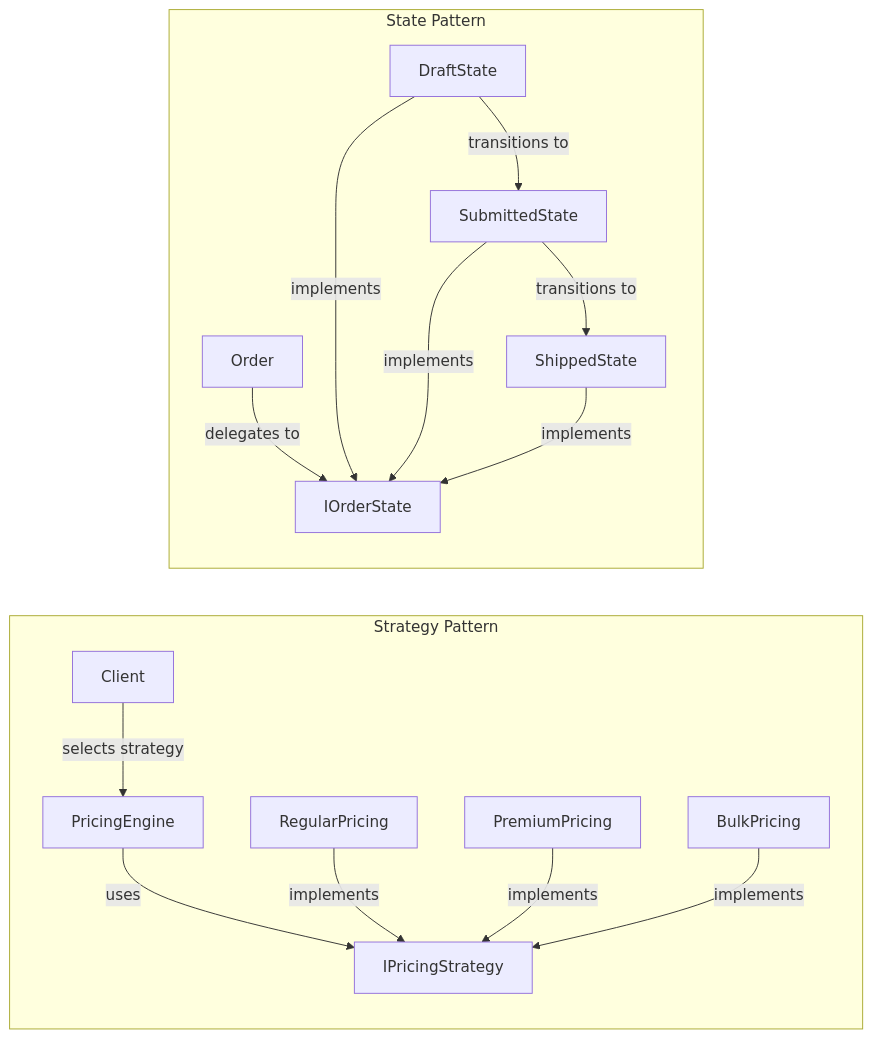
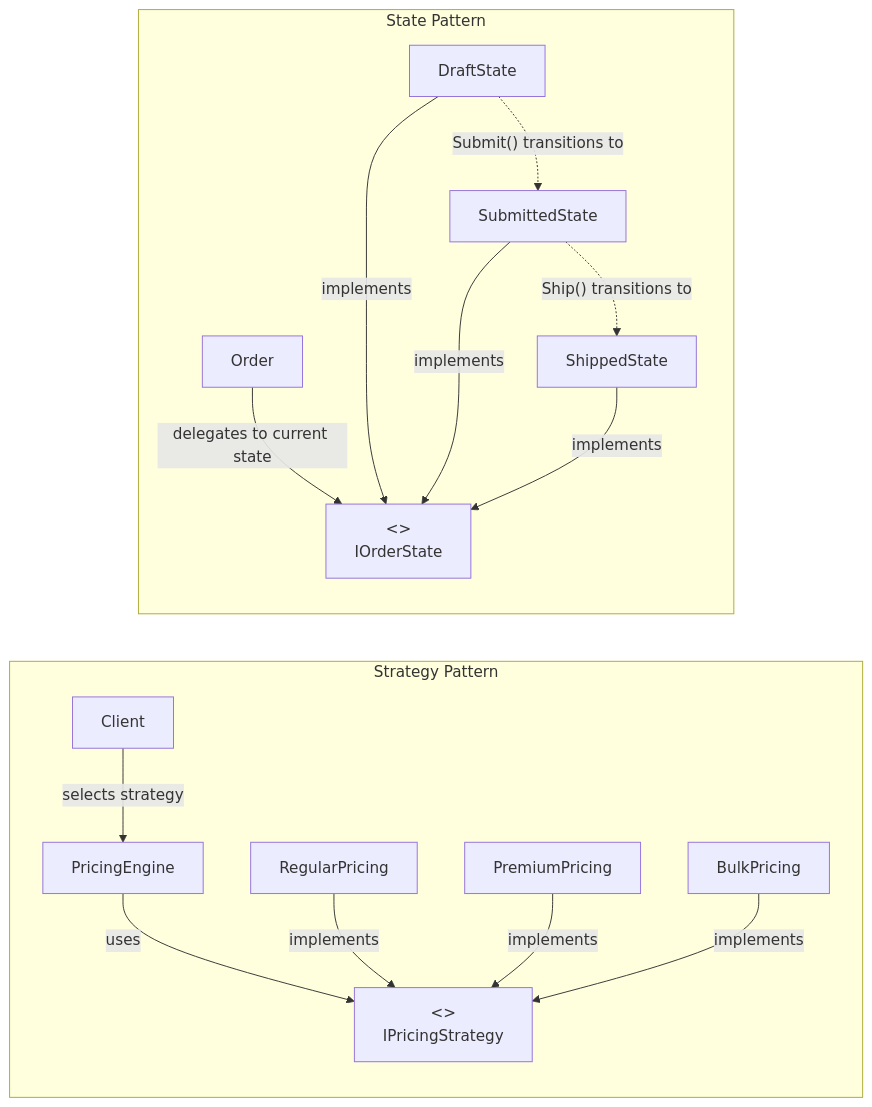
The second of 12 diagrams in docs/comparison-maps.md (senapatisantosh/DotnetAdvanceDesignPattern), drawn with Mermaid before and after one commit. The commit also changed other lines of this file and 1 other file, not shown here.

````diff
--- a/docs/comparison-maps.md
+++ b/docs/comparison-maps.md
@@ -90,19 +103,19 @@
 ```mermaid
 graph LR
     subgraph "Strategy Pattern"
-        S_Context[PricingEngine] -->|uses| S_Strategy[IPricingStrategy]
+        S_Client[Client] -->|"selects strategy"| S_Context[PricingEngine]
+        S_Context -->|"uses"| S_Strategy["<<interface>><br/>IPricingStrategy"]
         S_Regular[RegularPricing] -->|implements| S_Strategy
         S_Premium[PremiumPricing] -->|implements| S_Strategy
         S_Bulk[BulkPricing] -->|implements| S_Strategy
-        S_Client[Client] -->|selects strategy| S_Context
     end
 
     subgraph "State Pattern"
-        ST_Context[Order] -->|delegates to| ST_State[IOrderState]
+        ST_Context[Order] -->|"delegates to current state"| ST_State["<<interface>><br/>IOrderState"]
         ST_Draft[DraftState] -->|implements| ST_State
         ST_Submitted[SubmittedState] -->|implements| ST_State
         ST_Shipped[ShippedState] -->|implements| ST_State
-        ST_Draft -->|transitions to| ST_Submitted
-        ST_Submitted -->|transitions to| ST_Shipped
+        ST_Draft -.->|"Submit() transitions to"| ST_Submitted
+        ST_Submitted -.->|"Ship() transitions to"| ST_Shipped
     end
 ```
````
